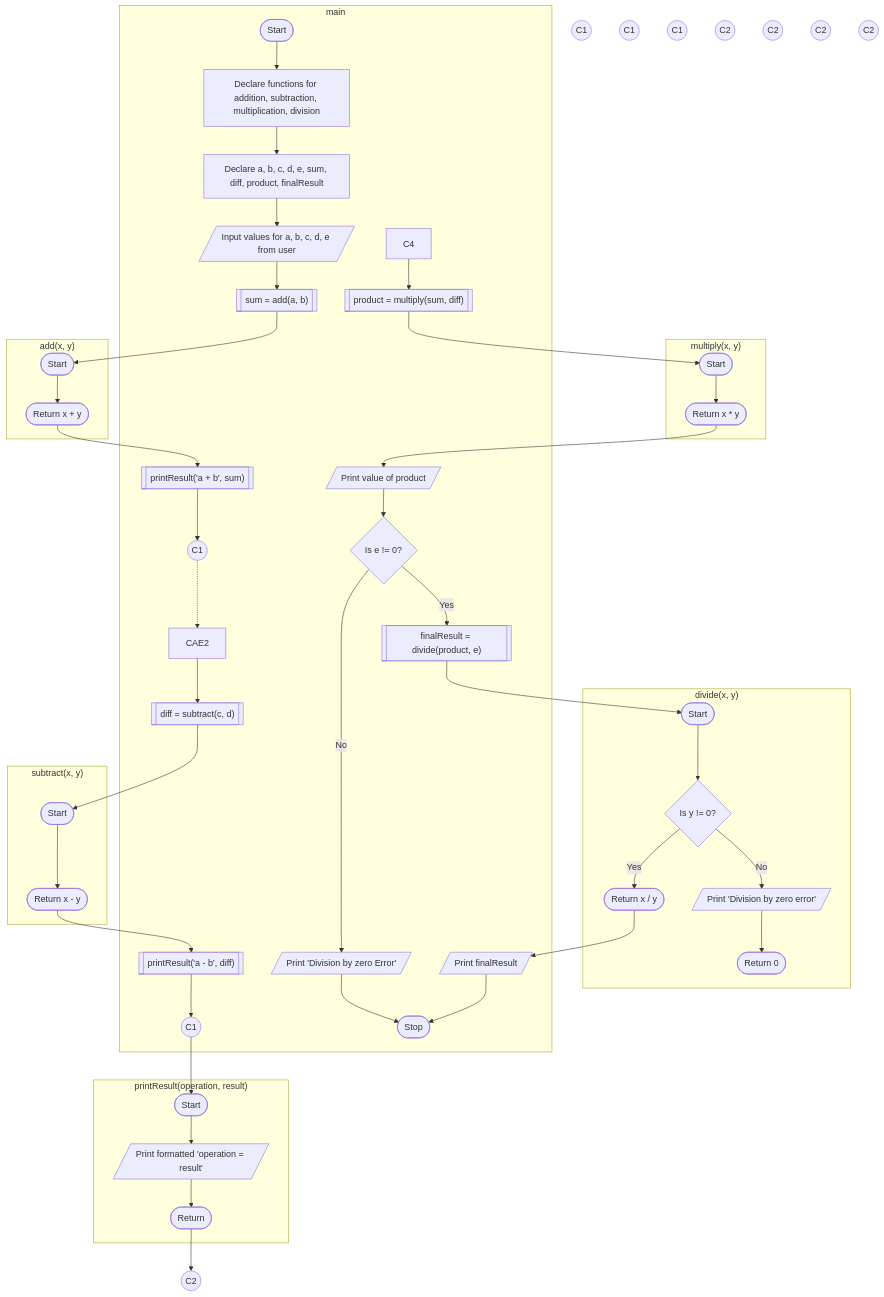
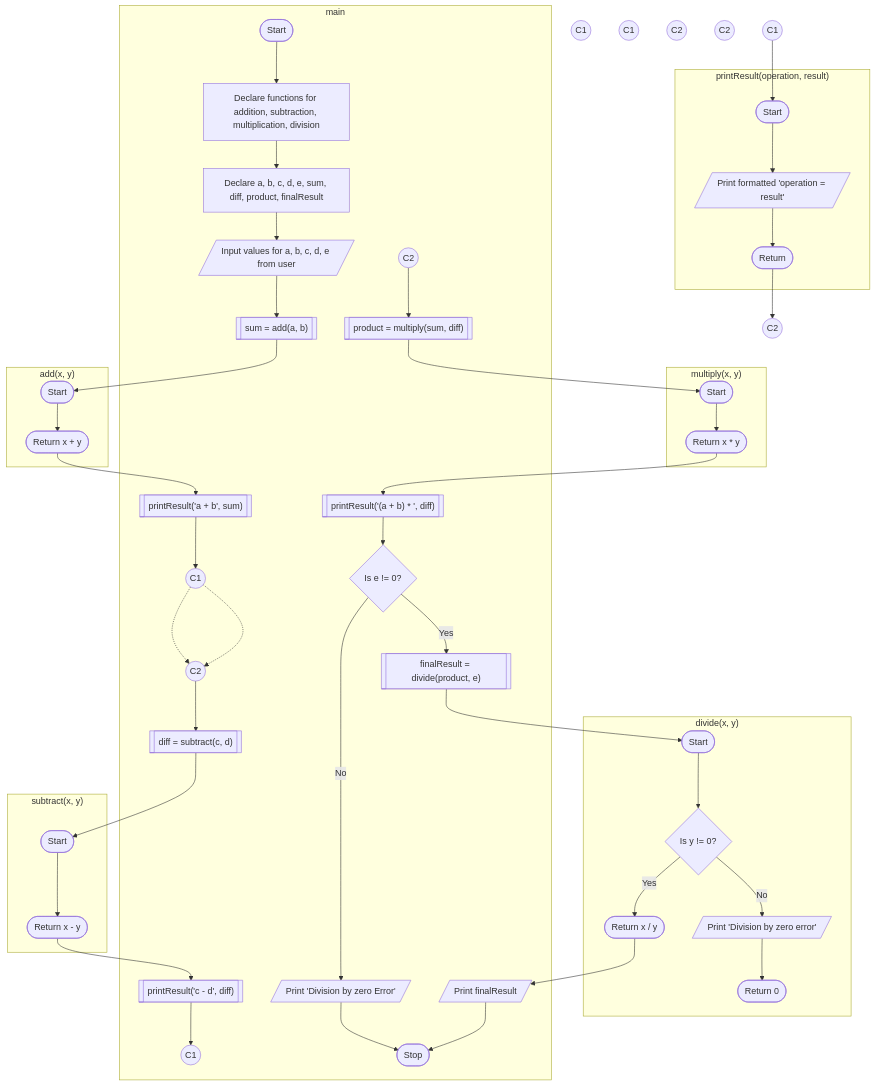
The diagram in PR/P7 - Functions.md (Vinit-source/Programming-for-problem-solving), drawn with Mermaid before and after one commit. The commit also changed other lines of this file, not shown here.

Commit message:
PR/P7 - Functions.md updated from https://stackedit.io/

````diff
--- a/PR/P7 - Functions.md
+++ b/PR/P7 - Functions.md
@@ -20,72 +20,73 @@
 ```mermaid
 graph TD;
 
 subgraph "add(x, y)" 
 	addStart([Start]);
 	B1([Return x + y]);
 	addStart --> B1;
 end
 subgraph "subtract(x, y)"
 	subStart([Start]);
 	B2([Return x - y]);
 	subStart --> B2;
 end
 subgraph "multiply(x, y)"
 	mulStart([Start]);
 	B3([Return x * y]);
 	mulStart --> B3;
 end
 subgraph "divide(x, y)"
 	divStart([Start]);
 	J{Is y != 0?};
     J -- Yes --> K([Return x / y]);
     J -- No --> M[/Print 'Division by zero error'/];
     divStart --> J;
     M --> MR([Return 0]);
 end
 subgraph "printResult(operation, result)"
 	printStart([Start]);
 	P[/Print formatted 'operation = result'/];
 	R([Return]);
 	printStart --> P;
 	P --> R;
 end
 
 CS2((C1));
 CE2((C2));
 CAS1((C1));
 CSS1((C1));
 CMS1((C1));
 CDS1((C1));
 CAE1((C2));
 CSE1((C2));
 CME1((C2));
 CDE1((C2));
 CS2 --> printStart;
 R --> CE2;
 
 subgraph main
     A([Start]) --> B[Declare functions for addition, subtraction, multiplication, division];
     B --> BB[Declare a, b, c, d, e, sum, diff, product, finalResult];
     BB --> C[/Input values for a, b, c, d, e from user/];
 	C --> CB[["sum = add(a, b)"]];
 	CB --> addStart;
 	B1 --> E[["printResult('a + b', sum)"]];
     E --> CAS1;
-    CAS1 -.-> CAE2;
-    CAE2 --> F[["diff = subtract(c, d)"]];
+    CAS1 -.-> CAE1;
+    CAE1 --> F[["diff = subtract(c, d)"]];
     F --> subStart;
-    B2 --> G[["printResult('a - b', diff)"]];
-    G --> CS2;
-    C4 --> H[["product = multiply(sum, diff)"]];
+    B2 --> G[["printResult('c - d', diff)"]];
+    G --> CSS1;
+    CAS1 -.-> CAE1;
+    CSE1 --> H[["product = multiply(sum, diff)"]];
     H --> mulStart;
-    B3 --> I[/Print value of product/];
+    B3 --> I[["printResult('(a + b) * ', diff)"]];
     I --> DB0{Is e != 0?};
     DB0 -- Yes --> I1[["finalResult = divide(product, e)"]];
     I1 --> divStart;
     K --> L[/Print finalResult/];
     L --> N([Stop]);
     DB0 -- No --> N0[/"Print 'Division by zero Error'"/];
     N0 --> N
    end
 ```
````
